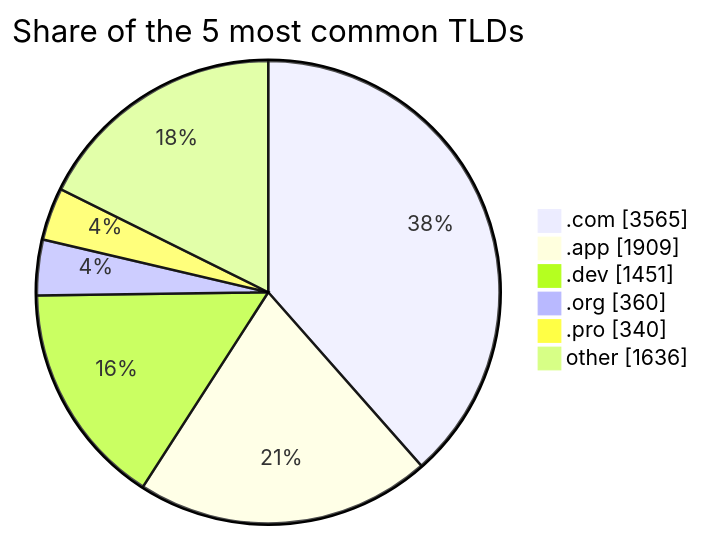
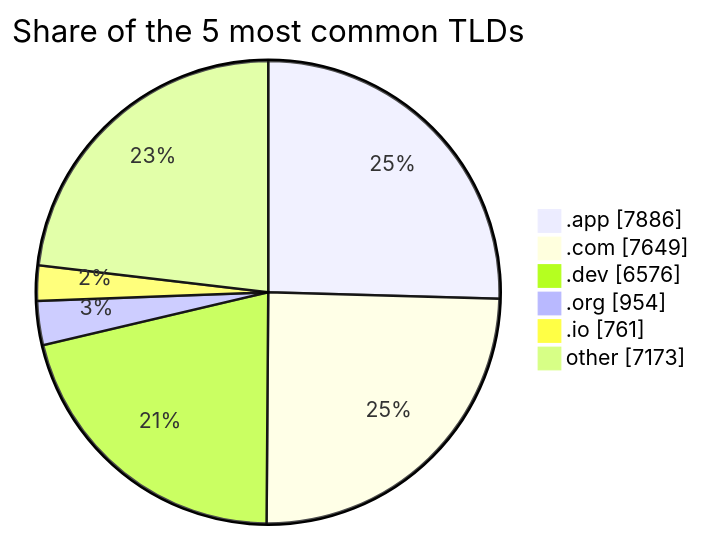
One commit to DNSBunker/CTI changed the second of 2 diagrams in README.md. Above: the diagram before and after it, drawn with Mermaid. The commit also changed other lines of this file and 3 other files, not shown here.

````diff
--- a/README.md
+++ b/README.md
@@ -72,9 +72,9 @@
 ```mermaid
 pie showData title Share of the 5 most common TLDs
-    ".com" : 3565
-    ".app" : 1909
-    ".dev" : 1451
-    ".org" : 360
-    ".pro" : 340
-    "other" : 1636
+    ".app" : 7886
+    ".com" : 7649
+    ".dev" : 6576
+    ".org" : 954
+    ".io" : 761
+    "other" : 7173
 ```
````
